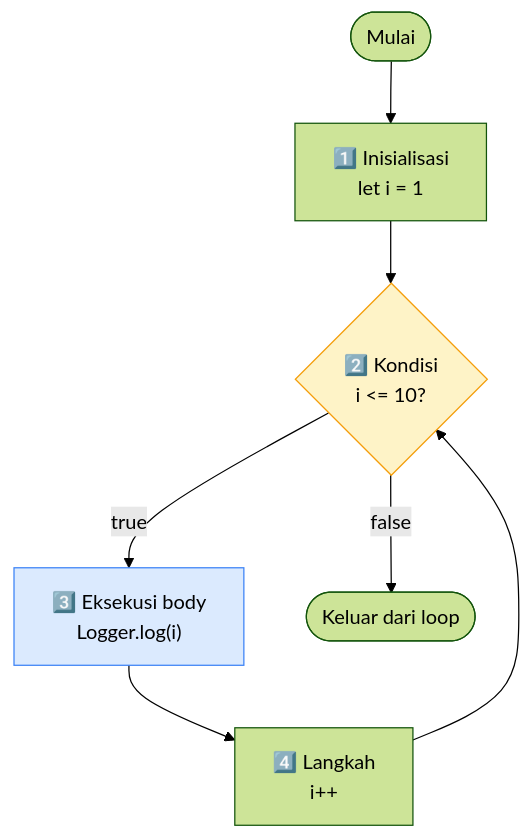
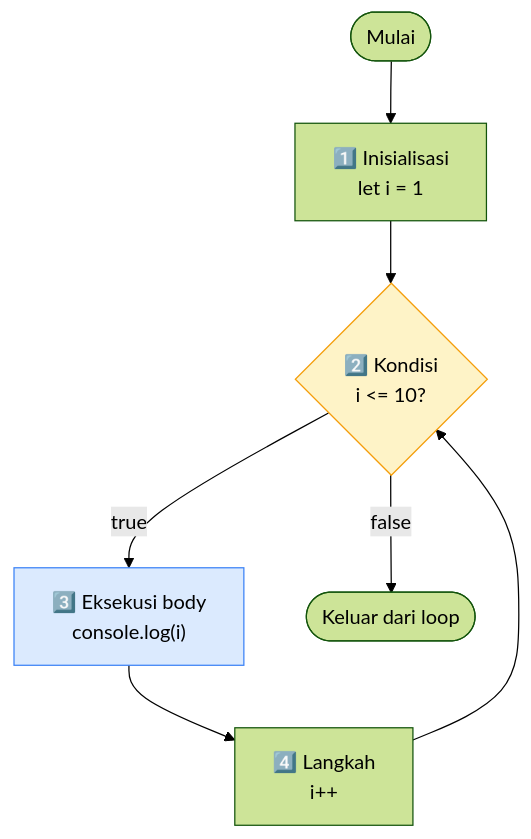
The third of 7 diagrams in Modul-0-JavaScript-Dasar/materi.md (githubna-ilham/google-script), drawn with Mermaid (forest theme) before and after one commit. The commit also changed other lines of this file and 28 other files, not shown here.

First line of the commit message:
Replace Logger.log with console.log across all modules

````diff
--- a/Modul-0-JavaScript-Dasar/materi.md
+++ b/Modul-0-JavaScript-Dasar/materi.md
@@ -183,11 +183,11 @@
 ```mermaid
 flowchart TD
     A([Mulai]) --> B["1️⃣ Inisialisasi<br/>let i = 1"]
     B --> C{"2️⃣ Kondisi<br/>i &lt;= 10?"}
-    C -->|true| D["3️⃣ Eksekusi body<br/>Logger.log(i)"]
+    C -->|true| D["3️⃣ Eksekusi body<br/>console.log(i)"]
     D --> E["4️⃣ Langkah<br/>i++"]
     E --> C
     C -->|false| F([Keluar dari loop])
     style C fill:#fef3c7,stroke:#f59e0b
     style D fill:#dbeafe,stroke:#3b82f6
 ```
````
